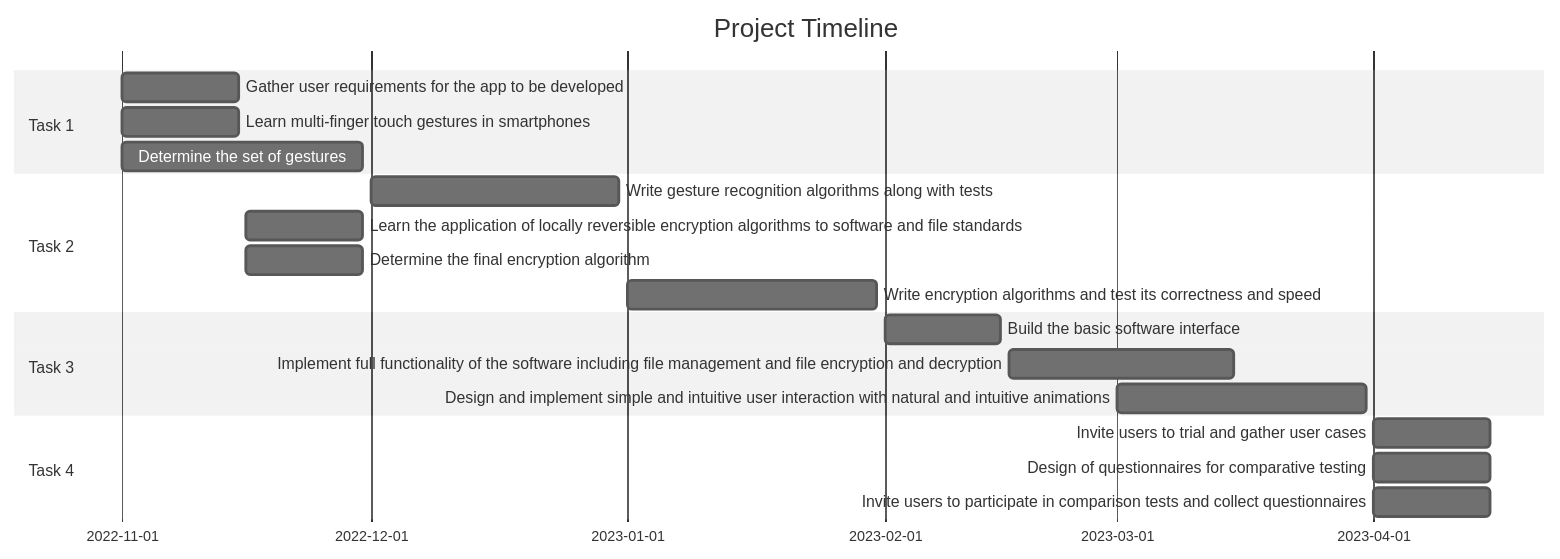
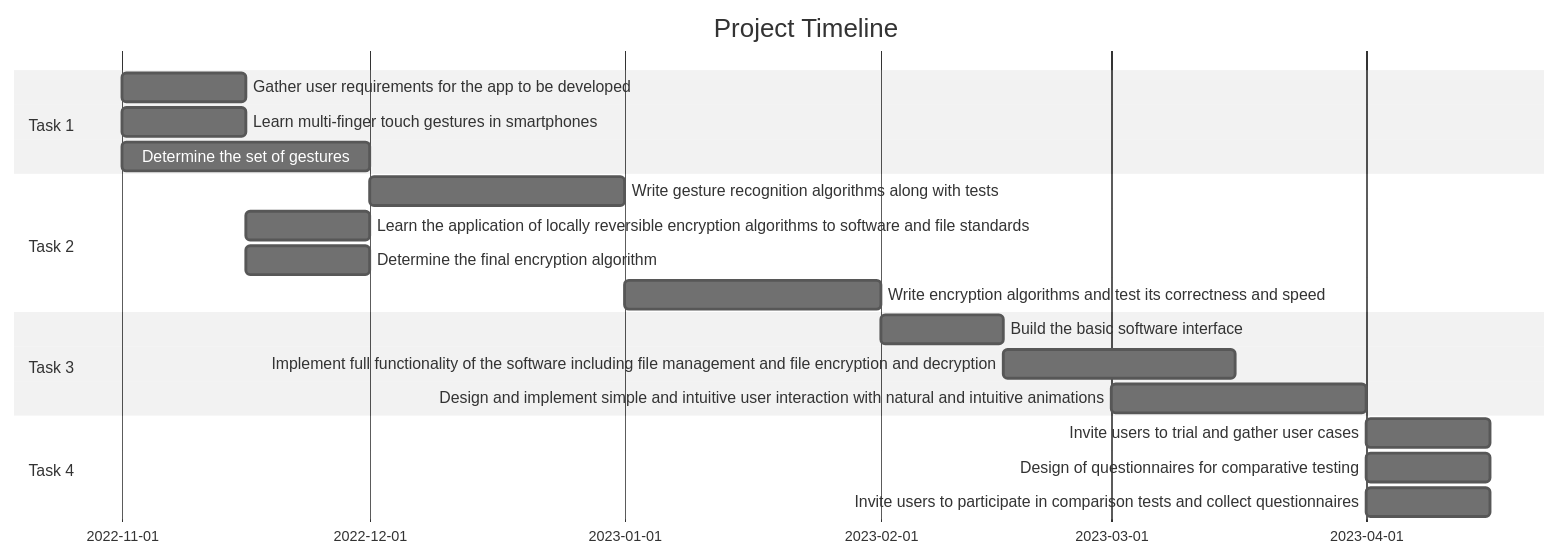
One commit to JerryZhangZZY/geslock changed the diagram in README.md. Above: the diagram before and after it, drawn with Mermaid (neutral theme). The commit also changed 1 other file, not shown here.

````diff
--- a/README.md
+++ b/README.md
@@ -19,22 +19,22 @@
 ```mermaid
 gantt
 title Project Timeline
 dateFormat YYYY-MM-DD
 section Task 1
-Gather user requirements for the app to be developed: 2022-11-01, 2022-11-15
-Learn multi-finger touch gestures in smartphones: 2022-11-01, 2022-11-15
-Determine the set of gestures: 2022-11-01, 2022-11-30
+Gather user requirements for the app to be developed: 2022-11-01, 2022-11-16
+Learn multi-finger touch gestures in smartphones: 2022-11-01, 2022-11-16
+Determine the set of gestures: 2022-11-01, 2022-12-01
 section Task 2
-Write gesture recognition algorithms along with tests: 2022-12-01, 2022-12-31
-Learn the application of locally reversible encryption algorithms to software and file standards: 2022-11-16, 2022-11-30
-Determine the final encryption algorithm: 2022-11-16, 2022-11-30
-Write encryption algorithms and test its correctness and speed: 2023-01-01, 2023-01-31
+Write gesture recognition algorithms along with tests: 2022-12-01, 2023-01-01
+Learn the application of locally reversible encryption algorithms to software and file standards: 2022-11-16, 2022-12-01
+Determine the final encryption algorithm: 2022-11-16, 2022-12-01
+Write encryption algorithms and test its correctness and speed: 2023-01-01, 2023-02-01
 section Task 3
-Build the basic software interface: 2023-02-01, 2023-02-15
-Implement full functionality of the software including file management and file encryption and decryption: 2023-02-16, 2023-03-15
-Design and implement simple and intuitive user interaction with natural and intuitive animations: 2023-03-01, 2023-03-31
+Build the basic software interface: 2023-02-01, 2023-02-16
+Implement full functionality of the software including file management and file encryption and decryption: 2023-02-16, 2023-03-16
+Design and implement simple and intuitive user interaction with natural and intuitive animations: 2023-03-01, 2023-04-01
 section Task 4
-Invite users to trial and gather user cases: 2023-04-01, 2023-04-15
-Design of questionnaires for comparative testing: 2023-04-01, 2023-04-15
-Invite users to participate in comparison tests and collect questionnaires: 2023-04-01, 2023-04-15
+Invite users to trial and gather user cases: 2023-04-01, 2023-04-16
+Design of questionnaires for comparative testing: 2023-04-01, 2023-04-16
+Invite users to participate in comparison tests and collect questionnaires: 2023-04-01, 2023-04-16
 ```
````
